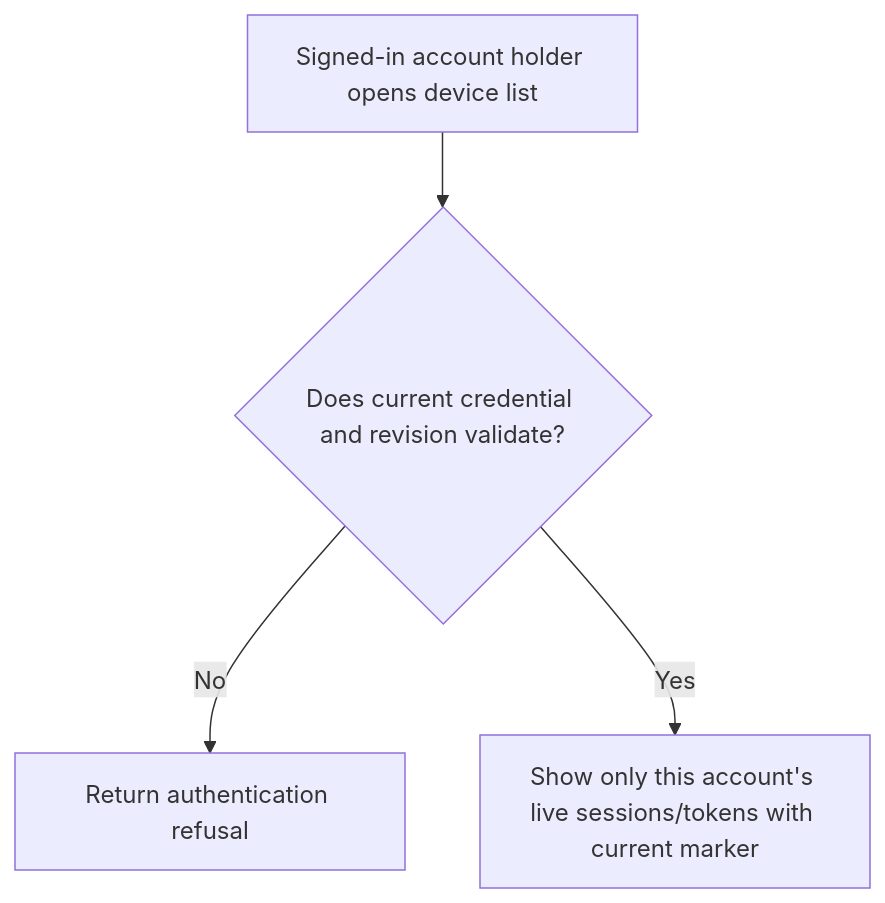
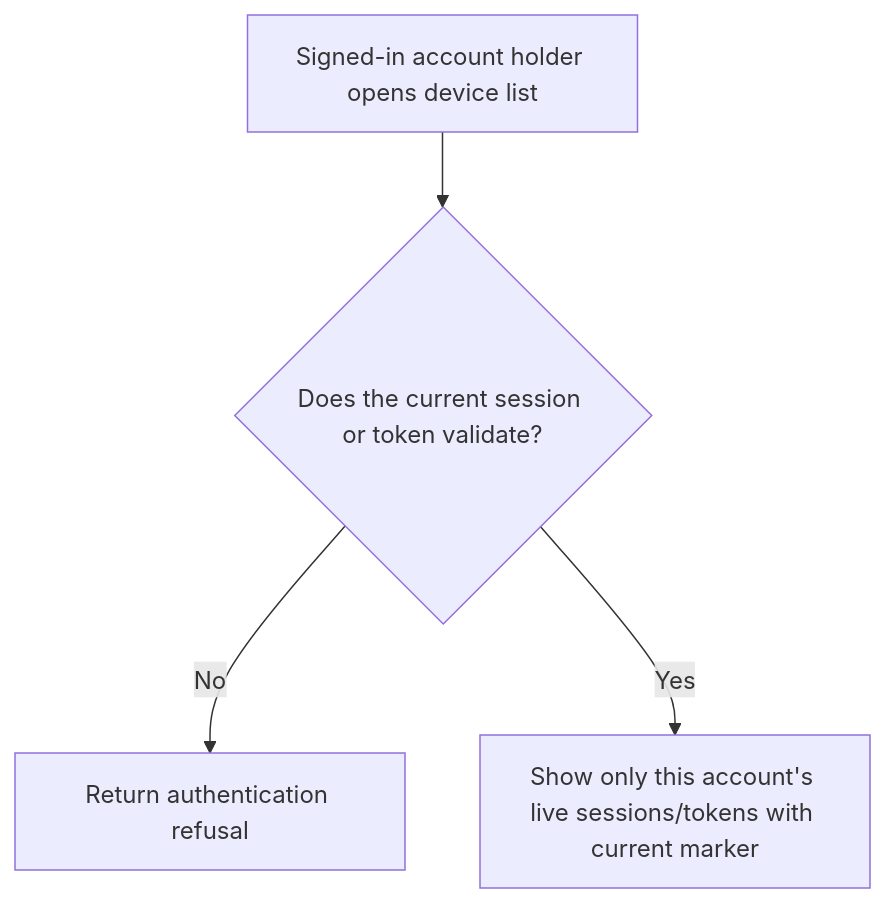
Before and after one commit to Kevinjohn/oss-adonisjs-account-kit: the first of 2 diagrams in user-stories/US-ACCOUNT-14-list-signed-in-devices.md, drawn with Mermaid. The commit also changed other lines of this file and 70 other files, not shown here.

````diff
--- a/user-stories/US-ACCOUNT-14-list-signed-in-devices.md
+++ b/user-stories/US-ACCOUNT-14-list-signed-in-devices.md
@@ -18,6 +19,6 @@
 ```mermaid
 flowchart TD
- A["Signed-in account holder opens device list"] --> B{"Does current credential and revision validate?"}
+ A["Signed-in account holder opens device list"] --> B{"Does the current session or token validate?"}
  B -->|No| C["Return authentication refusal"]
  B -->|Yes| D["Show only this account's live sessions/tokens with current marker"]
 ```
````
